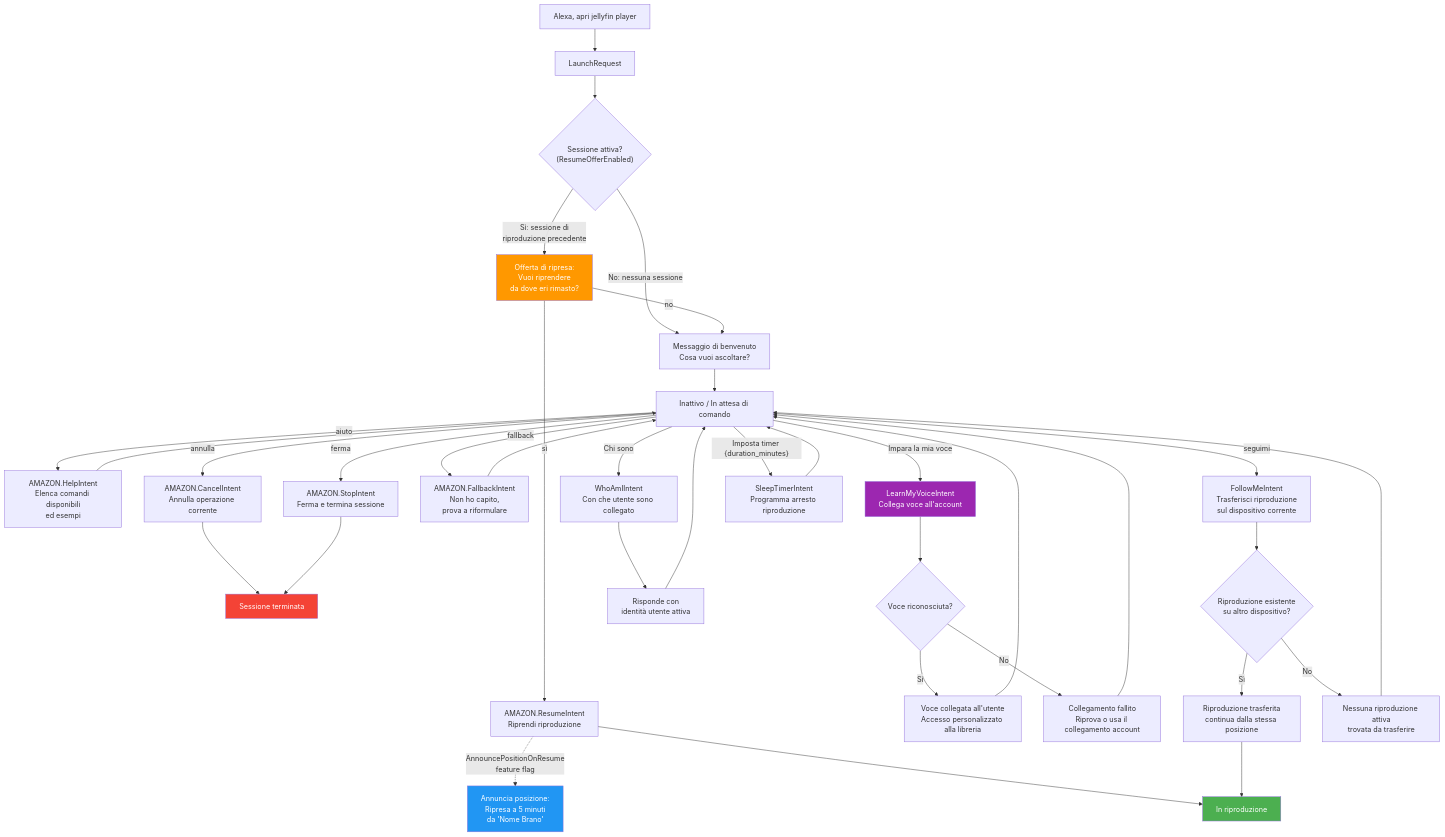
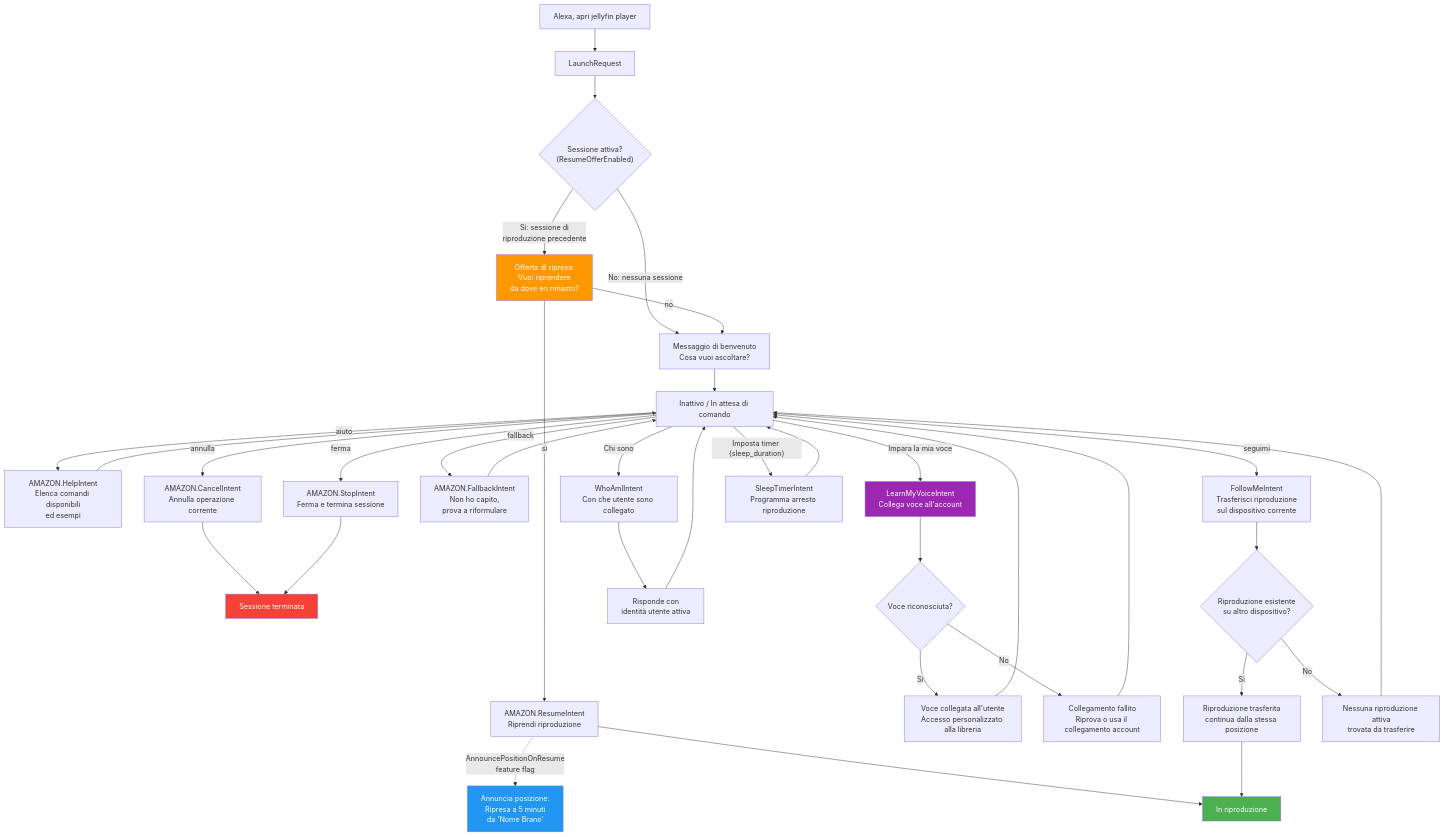
The diagram in docs/session-management-it-IT.md (paoloantinori/jellyfin-alexa-plugin), drawn with Mermaid before and after one commit. The commit also changed 94 other files, not shown here.

````diff
--- a/docs/session-management-it-IT.md
+++ b/docs/session-management-it-IT.md
@@ -3,56 +3,56 @@
 ```mermaid
 graph TD
     Open["Alexa, apri jellyfin player"] --> LaunchRequest["LaunchRequest"]
 
     LaunchRequest --> HasSession{"Sessione attiva?<br/>(ResumeOfferEnabled)"}
 
     HasSession -->|"Sì: sessione di<br/>riproduzione precedente"| ResumeOffer["Offerta di ripresa:<br/>Vuoi riprendere<br/>da dove eri rimasto?"]
     HasSession -->|"No: nessuna sessione"| Welcome["Messaggio di benvenuto<br/>Cosa vuoi ascoltare?"]
 
     ResumeOffer -->|"sì"| ResumePlay["AMAZON.ResumeIntent<br/>Riprendi riproduzione"]
     ResumeOffer -->|"no"| Welcome
 
     ResumePlay -.->|"AnnouncePositionOnResume<br/>feature flag"| PositionAnnounce["Annuncia posizione:<br/>Ripresa a 5 minuti<br/>da 'Nome Brano'"]
     ResumePlay --> Playing["In riproduzione"]
 
     Welcome --> Idle["Inattivo / In attesa di comando"]
 
     Idle -->|"aiuto"| Help["AMAZON.HelpIntent<br/>Elenca comandi disponibili<br/>ed esempi"]
     Idle -->|"annulla"| Cancel["AMAZON.CancelIntent<br/>Annulla operazione corrente"]
     Idle -->|"ferma"| Stop["AMAZON.StopIntent<br/>Ferma e termina sessione"]
     Idle -->|"fallback"| Fallback["AMAZON.FallbackIntent<br/>Non ho capito,<br/>prova a riformulare"]
 
     Help --> Idle
     Cancel --> EndSession["Sessione terminata"]
     Stop --> EndSession
     Fallback --> Idle
 
     Idle -->|"Impara la mia voce"| VoiceLink["LearnMyVoiceIntent<br/>Collega voce all'account"]
     VoiceLink --> VoiceResult{"Voce riconosciuta?"}
     VoiceResult -->|"Sì"| Linked["Voce collegata all'utente<br/>Accesso personalizzato alla libreria"]
     VoiceResult -->|"No"| LinkFailed["Collegamento fallito<br/>Riprova o usa il collegamento account"]
 
     Linked --> Idle
     LinkFailed --> Idle
 
     Idle -->|"Chi sono"| WhoAmI["WhoAmIIntent<br/>Con che utente sono collegato"]
     WhoAmI --> IdentityResp["Risponde con<br/>identità utente attiva"]
     IdentityResp --> Idle
 
     Idle -->|"seguimi"| FollowMe["FollowMeIntent<br/>Trasferisci riproduzione<br/>sul dispositivo corrente"]
     FollowMe --> FollowTransfer{"Riproduzione esistente<br/>su altro dispositivo?"}
     FollowTransfer -->|"Sì"| TransferOK["Riproduzione trasferita<br/>continua dalla stessa posizione"]
     FollowTransfer -->|"No"| NoTransfer["Nessuna riproduzione attiva<br/>trovata da trasferire"]
 
     TransferOK --> Playing
     NoTransfer --> Idle
 
-    Idle -->|"Imposta timer {duration_minutes}"| Sleep["SleepTimerIntent<br/>Programma arresto riproduzione"]
+    Idle -->|"Imposta timer {sleep_duration}"| Sleep["SleepTimerIntent<br/>Programma arresto riproduzione"]
     Sleep --> Idle
 
     style Playing fill:#4CAF50,color:#fff
     style EndSession fill:#f44336,color:#fff
     style VoiceLink fill:#9C27B0,color:#fff
     style ResumeOffer fill:#FF9800,color:#fff
     style PositionAnnounce fill:#2196F3,color:#fff
 ```
````
